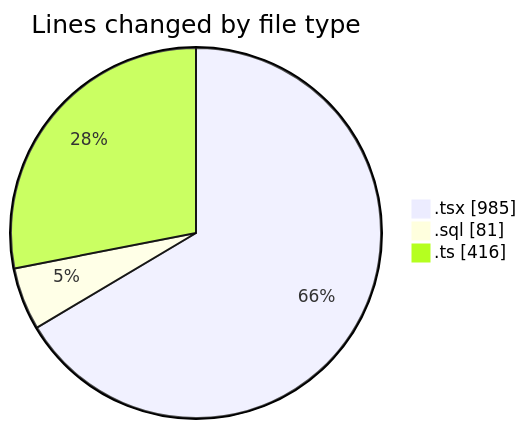
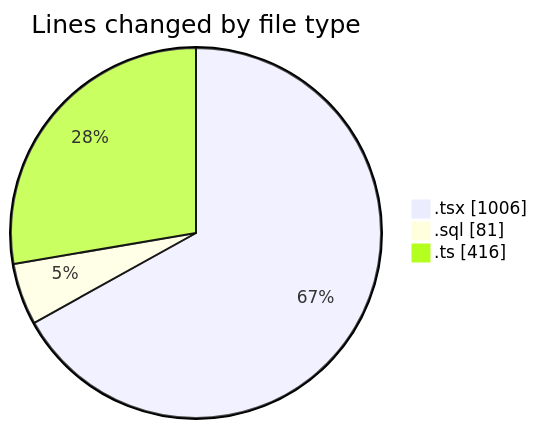
Before and after one commit to lephambinh05/code-tracking: the first of 2 diagrams in 2025-09-09/hiai-phf/README.md, drawn with Mermaid. The commit also changed other lines of this file and 1 other file, not shown here.

````diff
--- a/2025-09-09/hiai-phf/README.md
+++ b/2025-09-09/hiai-phf/README.md
@@ -36,7 +36,7 @@
 ```mermaid
 pie showData
 title Lines changed by file type
-".tsx" : 985
+".tsx" : 1006
 ".sql" : 81
 ".ts" : 416
 ```
````
